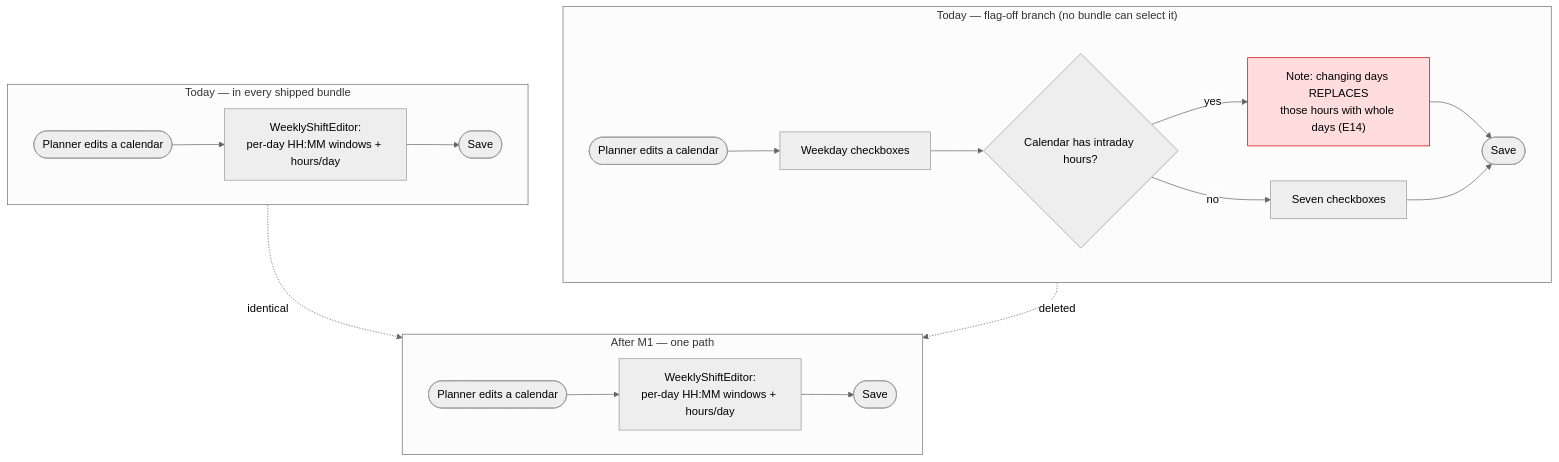
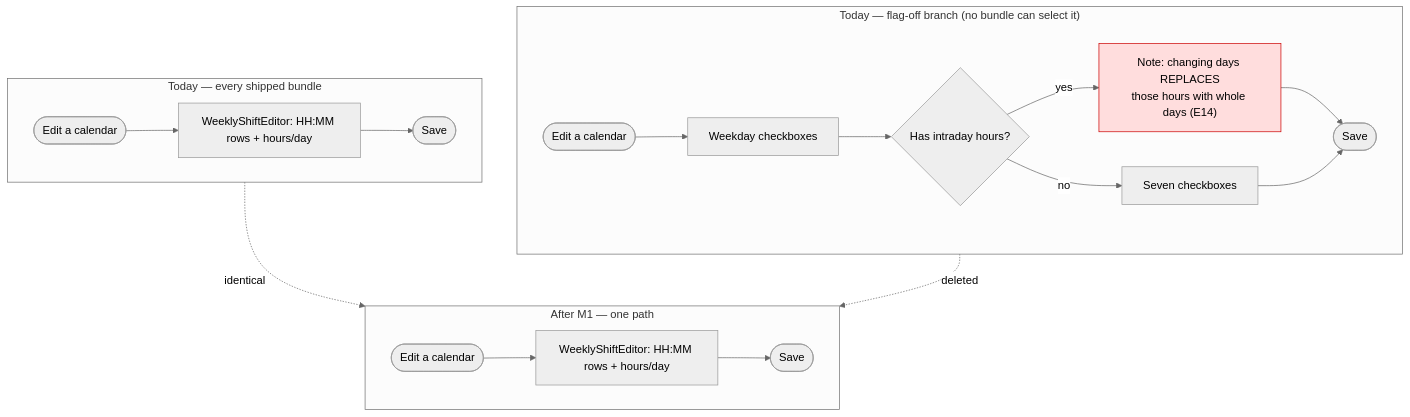
The third of 3 diagrams in docs/specs/flag-retirement-library-and-calendar/feature-spec.md (HuttonHomeHub/SchedulePoint_1), drawn with Mermaid (neutral theme) before and after one commit. The commit also changed other lines of this file and 1 other file, not shown here.

````diff
--- a/docs/specs/flag-retirement-library-and-calendar/feature-spec.md
+++ b/docs/specs/flag-retirement-library-and-calendar/feature-spec.md
@@ -395,17 +379,17 @@
 ```mermaid
 flowchart TD
-  subgraph A["Today — in every shipped bundle"]
-    S1([Planner edits a calendar]) --> ON1["WeeklyShiftEditor:<br/>per-day HH:MM windows + hours/day"] --> SV1([Save])
+  subgraph A["Today — every shipped bundle"]
+    S1([Edit a calendar]) --> ON1["WeeklyShiftEditor: HH:MM rows + hours/day"] --> SV1([Save])
   end
   subgraph B["Today — flag-off branch (no bundle can select it)"]
-    S2([Planner edits a calendar]) --> OFF2["Weekday checkboxes"] --> W{"Calendar has intraday hours?"}
+    S2([Edit a calendar]) --> OFF2["Weekday checkboxes"] --> W{"Has intraday hours?"}
     W -->|yes| D["Note: changing days REPLACES<br/>those hours with whole days (E14)"] --> SV2([Save])
     W -->|no| P["Seven checkboxes"] --> SV2
   end
   subgraph C["After M1 — one path"]
-    S3([Planner edits a calendar]) --> ON3["WeeklyShiftEditor:<br/>per-day HH:MM windows + hours/day"] --> SV3([Save])
+    S3([Edit a calendar]) --> ON3["WeeklyShiftEditor: HH:MM rows + hours/day"] --> SV3([Save])
   end
-  A -.->|"identical"| C
-  B -.->|"deleted"| C
+  A -.->|identical| C
+  B -.->|deleted| C
   style D fill:#fdd,stroke:#c00
 ```
````
